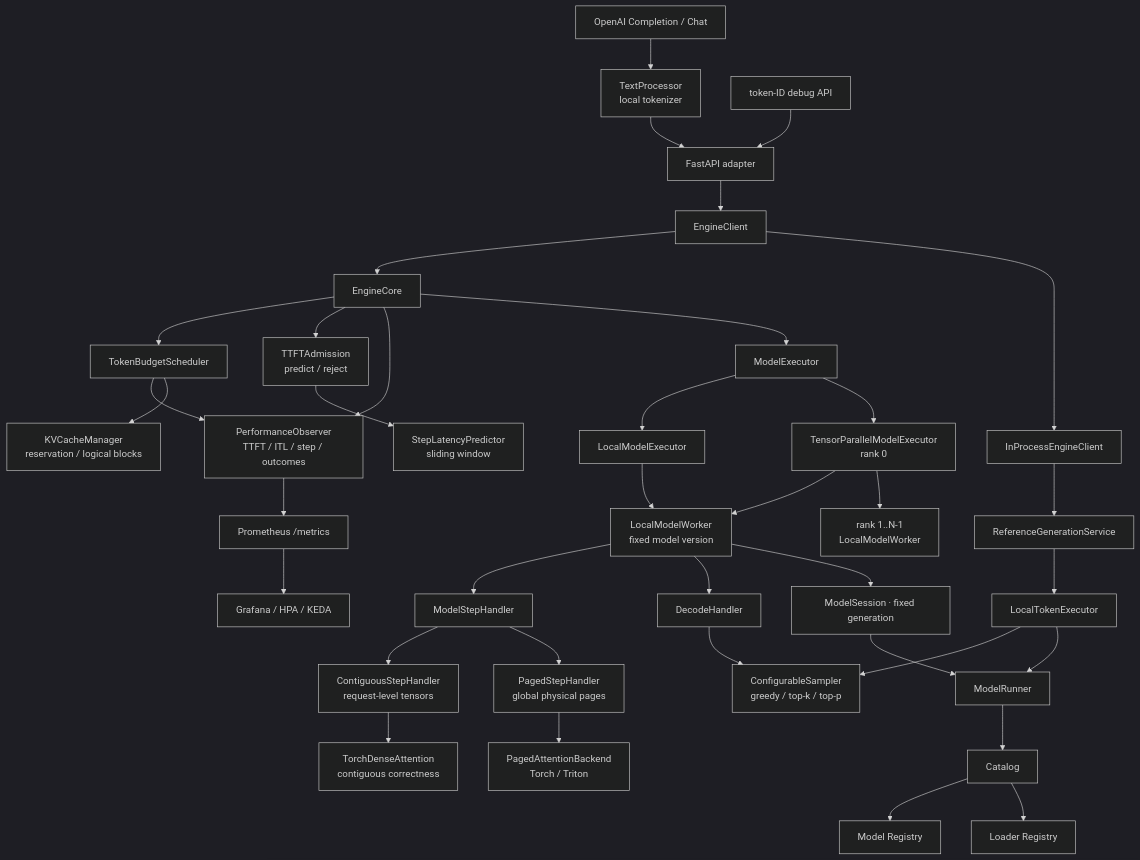
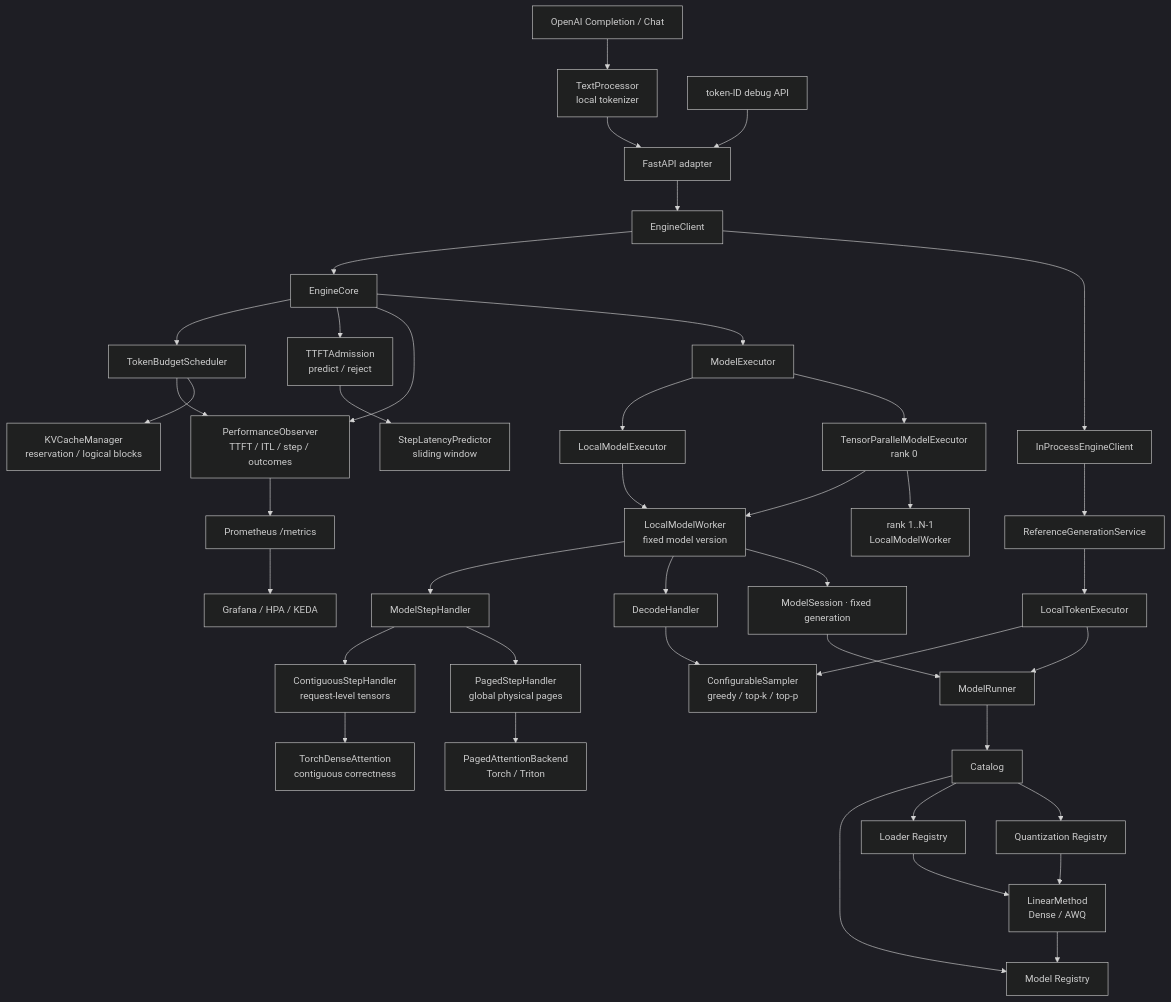
Before and after one commit to poorpaper/light-vllm: the first of 3 diagrams in docs/design.md, drawn with Mermaid (dark theme). The commit also changed other lines of this file and 9 other files, not shown here.

Commit message:
docs(quantization): record AWQ design and RTX 5090 evidence

````diff
--- a/docs/design.md
+++ b/docs/design.md
@@ -62,42 +63,46 @@
 ```mermaid
 flowchart TB
     OpenAI["OpenAI Completion / Chat"] --> Text["TextProcessor<br/>local tokenizer"]
     Text --> HTTP["FastAPI adapter"]
     TokenAPI["token-ID debug API"] --> HTTP
     HTTP --> Client["EngineClient"]
 
     Client --> Core["EngineCore"]
     Client --> Bridge["InProcessEngineClient"]
     Bridge --> Reference["ReferenceGenerationService"]
 
     Core --> Scheduler["TokenBudgetScheduler"]
     Core --> TTFT["TTFTAdmission<br/>predict / reject"]
     TTFT --> Predictor["StepLatencyPredictor<br/>sliding window"]
     Core --> Observer["PerformanceObserver<br/>TTFT / ITL / step / outcomes"]
     Scheduler --> Observer
     Observer --> Metrics["Prometheus /metrics"]
     Metrics --> Grafana["Grafana / HPA / KEDA"]
     Scheduler --> LogicalKV["KVCacheManager<br/>reservation / logical blocks"]
     Core --> Executor["ModelExecutor"]
     Executor --> Local["LocalModelExecutor"]
     Executor --> TP["TensorParallelModelExecutor<br/>rank 0"]
     Local --> Worker["LocalModelWorker<br/>fixed model version"]
     TP --> Worker
     TP --> Remote["rank 1..N-1<br/>LocalModelWorker"]
     Worker --> Step["ModelStepHandler"]
     Worker --> Decode["DecodeHandler"]
     Step --> Contiguous["ContiguousStepHandler<br/>request-level tensors"]
     Step --> Paged["PagedStepHandler<br/>global physical pages"]
     Contiguous --> Dense["TorchDenseAttention<br/>contiguous correctness"]
     Paged --> Attention["PagedAttentionBackend<br/>Torch / Triton"]
     Decode --> Sampler["ConfigurableSampler<br/>greedy / top-k / top-p"]
     Reference --> TokenExecutor["LocalTokenExecutor"]
     TokenExecutor --> Sampler
 
     Worker --> Session["ModelSession · fixed generation"]
     Session --> Runner["ModelRunner"]
     TokenExecutor --> Runner
     Runner --> Catalog["Catalog"]
     Catalog --> Models["Model Registry"]
     Catalog --> Loaders["Loader Registry"]
+    Catalog --> Quant["Quantization Registry"]
+    Loaders --> Method["LinearMethod<br/>Dense / AWQ"]
+    Quant --> Method
+    Method --> Models
 ```
````
